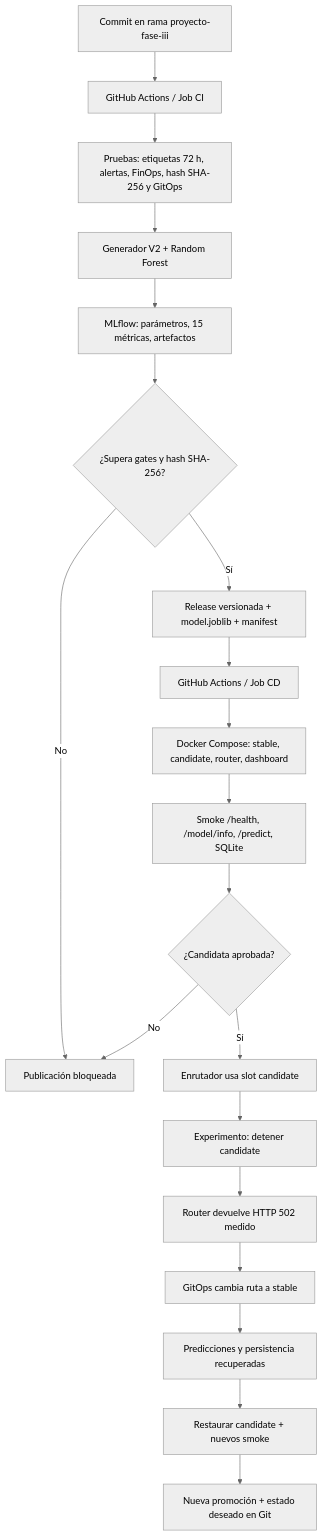
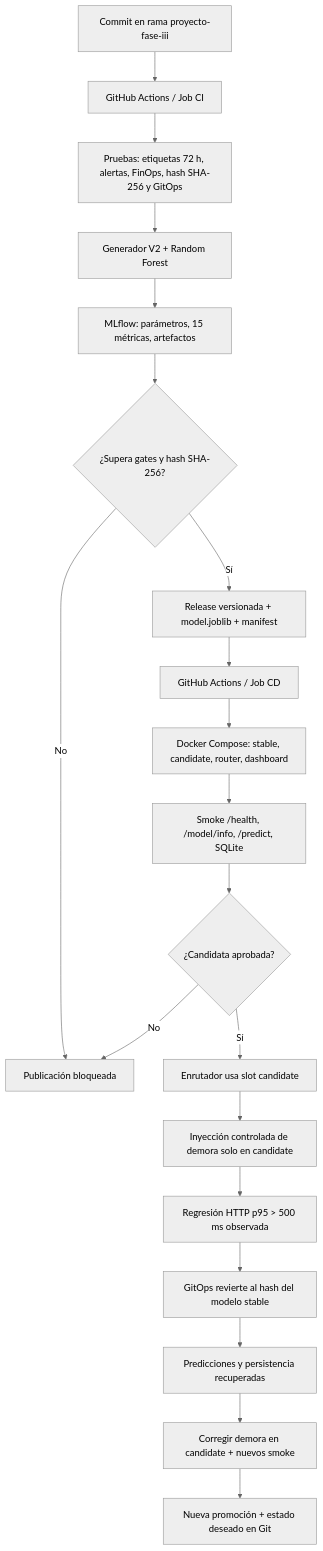
One commit to isaaccg88/PredictiveMaintenance-AI-FaseII changed the first of 3 diagrams in README.md. Above: the diagram before and after it, drawn with Mermaid (neutral theme). The commit also changed other lines of this file, not shown here.

Commit message:
docs(fase3): actualizar informe técnico para dos releases y rollback medido de modelo

````diff
--- a/README.md
+++ b/README.md
@@ -39,22 +39,22 @@
 ```mermaid
 flowchart TB
   DEV["Commit en rama proyecto-fase-iii"] --> CI["GitHub Actions / Job CI"]
   CI --> TEST["Pruebas: etiquetas 72 h, alertas, FinOps, hash SHA-256 y GitOps"]
   TEST --> TRAIN["Generador V2 + Random Forest"]
   TRAIN --> MLF["MLflow: parámetros, 15 métricas, artefactos"]
   MLF --> GATE{"¿Supera gates y hash SHA-256?"}
   GATE -->|No| STOP["Publicación bloqueada"]
   GATE -->|Sí| ART["Release versionada + model.joblib + manifest"]
   ART --> CD["GitHub Actions / Job CD"]
   CD --> DOCKER["Docker Compose: stable, candidate, router, dashboard"]
   DOCKER --> HEALTH["Smoke /health, /model/info, /predict, SQLite"]
   HEALTH --> PROM{"¿Candidata aprobada?"}
   PROM -->|No| STOP
   PROM -->|Sí| SWITCH["Enrutador usa slot candidate"]
-  SWITCH --> FAIL["Experimento: detener candidate"]
-  FAIL --> HTTP["Router devuelve HTTP 502 medido"]
-  HTTP --> BACK["GitOps cambia ruta a stable"]
+  SWITCH --> FAIL["Inyección controlada de demora solo en candidate"]
+  FAIL --> HTTP["Regresión HTTP p95 > 500 ms observada"]
+  HTTP --> BACK["GitOps revierte al hash del modelo stable"]
   BACK --> CHECK["Predicciones y persistencia recuperadas"]
-  CHECK --> RESTORE["Restaurar candidate + nuevos smoke"]
+  CHECK --> RESTORE["Corregir demora en candidate + nuevos smoke"]
   RESTORE --> FIN["Nueva promoción + estado deseado en Git"]
 ```
````
